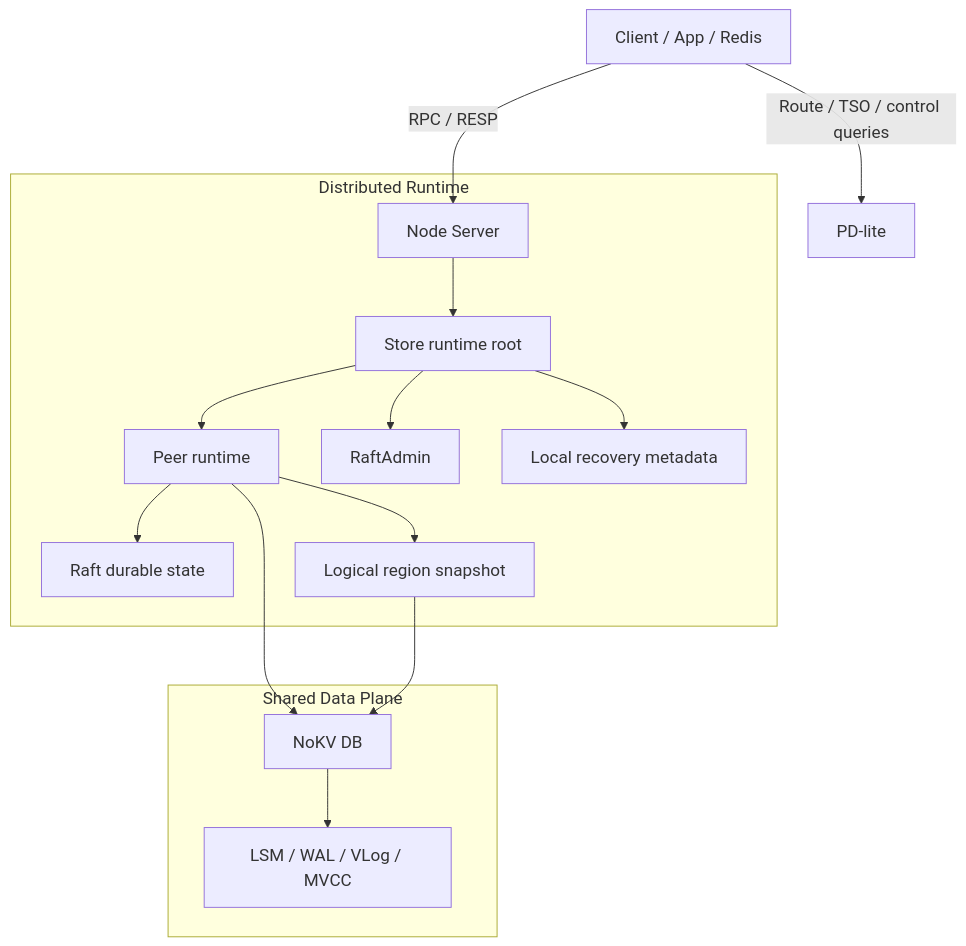
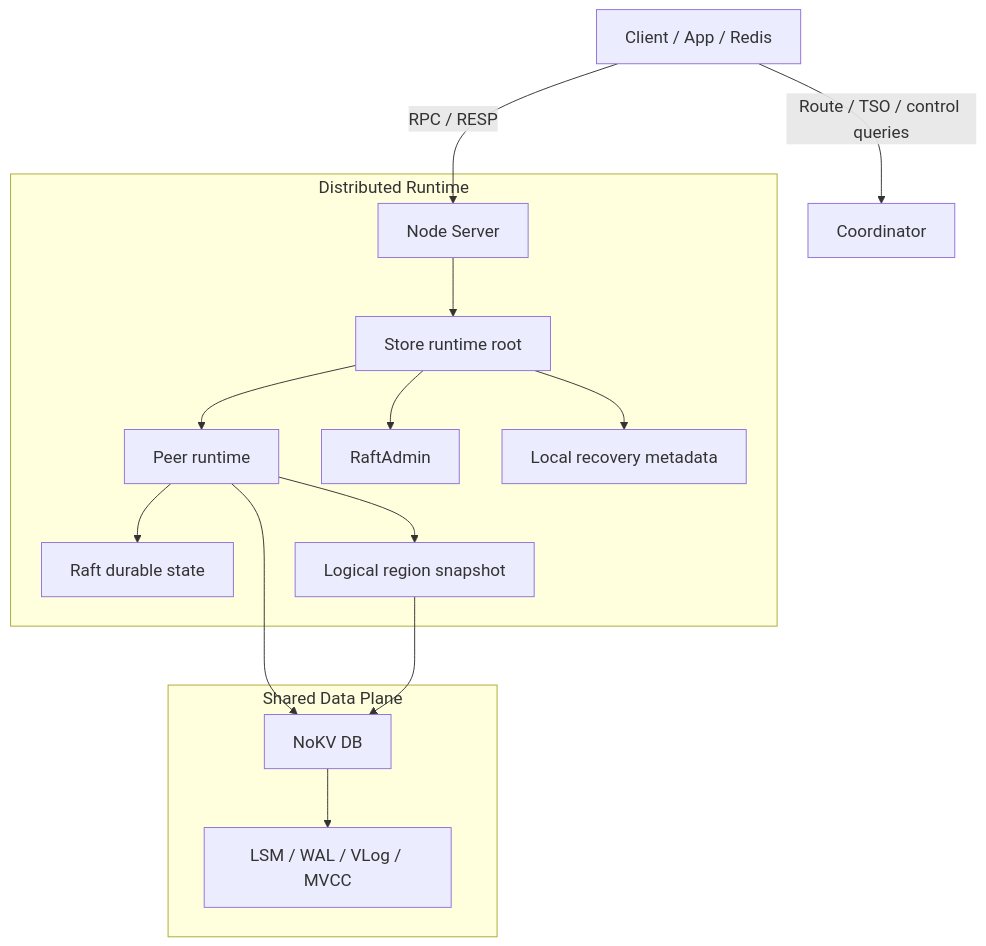
Before and after one commit to feichai0017/NoKV: the diagram in docs/README.md, drawn with Mermaid. The commit also changed other lines of this file and 118 other files, not shown here.

````diff
--- a/docs/README.md
+++ b/docs/README.md
@@ -294,24 +294,24 @@
 ```mermaid
 %%{init: {
   "themeVariables": { "fontSize": "18px" },
   "flowchart": { "nodeSpacing": 45, "rankSpacing": 62, "curve": "basis" }
 }}%%
 graph TD
     Client["Client / App / Redis"] -->|RPC / RESP| Server["Node Server"]
-    Client -->|Route / TSO / control queries| PD["PD-lite"]
+    Client -->|Route / TSO / control queries| Coordinator["Coordinator"]
 
     subgraph "Distributed Runtime"
         Server --> Store["Store runtime root"]
         Store --> Peer["Peer runtime"]
         Store --> Admin["RaftAdmin"]
         Store --> Meta["Local recovery metadata"]
         Peer --> Raft["Raft durable state"]
         Peer --> Snap["Logical region snapshot"]
     end
 
     subgraph "Shared Data Plane"
         Peer --> DB["NoKV DB"]
         Snap --> DB
         DB --> LSM["LSM / WAL / VLog / MVCC"]
     end
 ```
````
